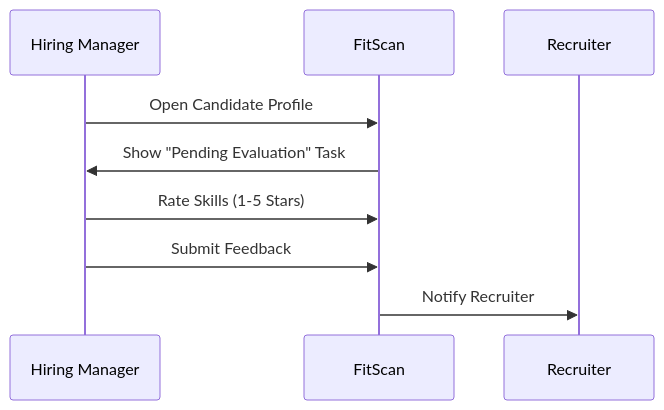
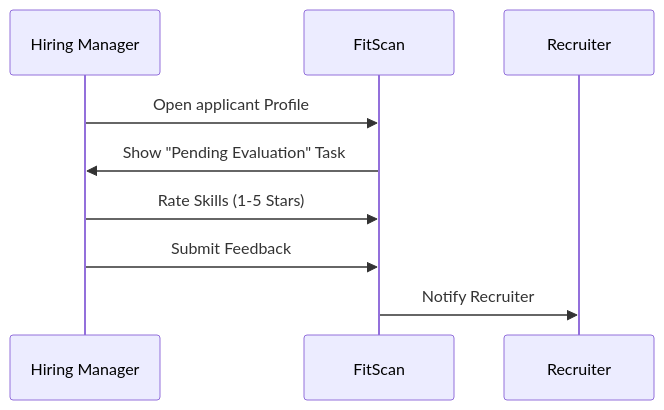
Before and after one commit to poojaroonwit/studio: the diagram in docs/manuals/interviews/Scoring.md, drawn with Mermaid. The commit also changed other lines of this file and 374 other files, not shown here.

Commit message:
Refactor: Rename candidate to applicant terminology and update related components

````diff
--- a/docs/manuals/interviews/Scoring.md
+++ b/docs/manuals/interviews/Scoring.md
@@ -17,12 +17,12 @@
 ```mermaid
 sequenceDiagram
     participant HM as Hiring Manager
     participant App as FitScan
     participant Rec as Recruiter
 
-    HM->>App: Open Candidate Profile
+    HM->>App: Open applicant Profile
     App->>HM: Show "Pending Evaluation" Task
     HM->>App: Rate Skills (1-5 Stars)
     HM->>App: Submit Feedback
     App->>Rec: Notify Recruiter
 ```
````
